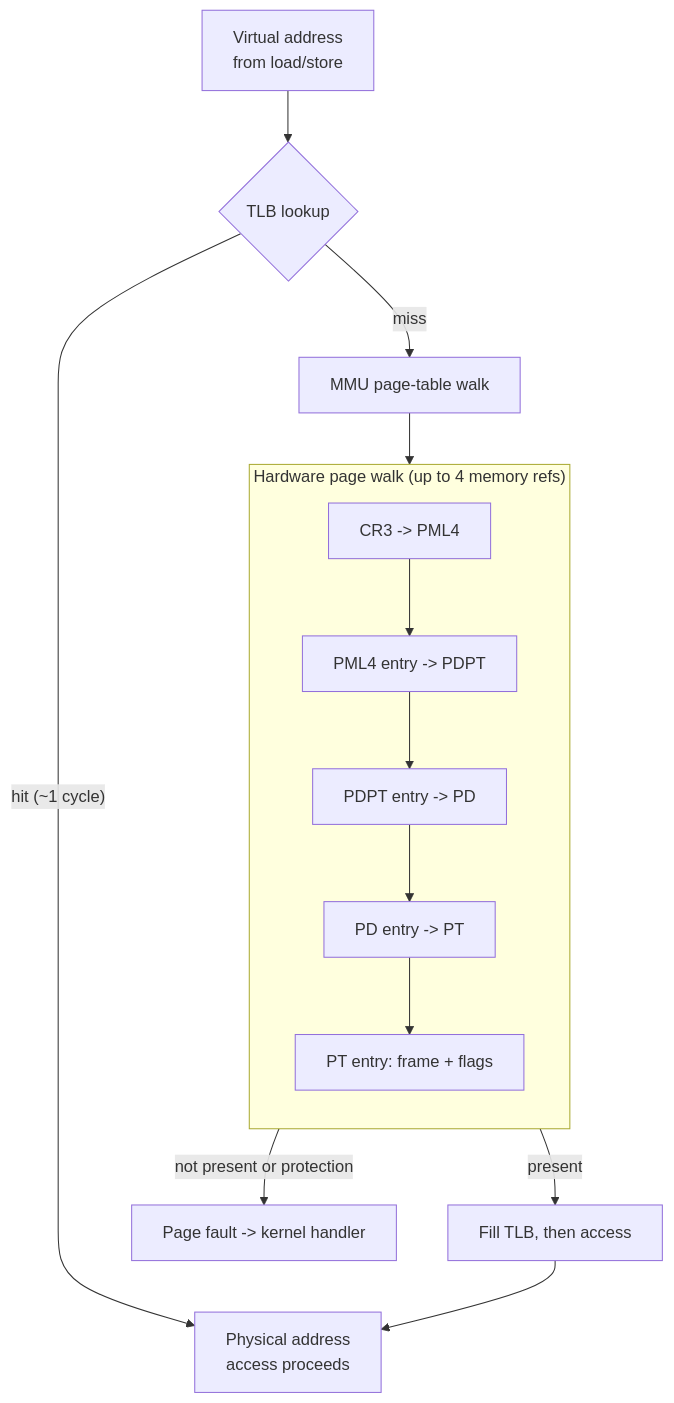
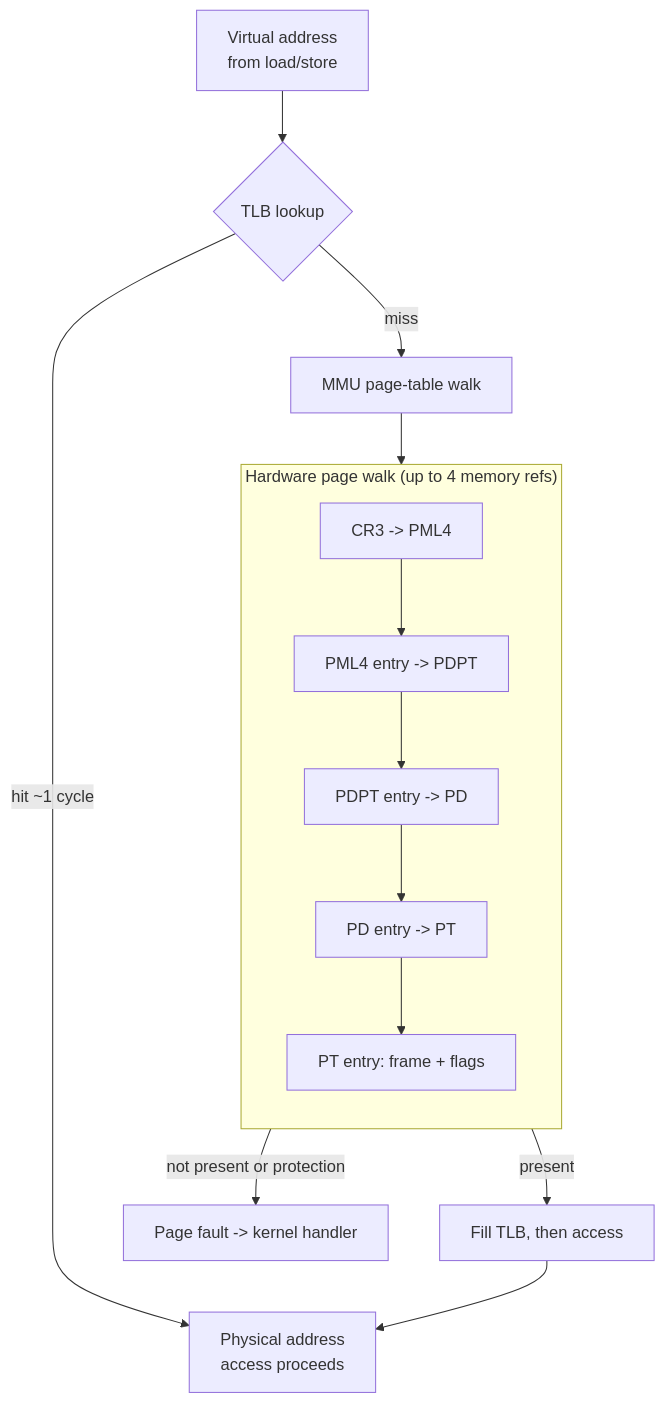
Before and after one commit to bumbsclaw/textbooks: the first of 7 diagrams in vol-02-operating-systems-linux/ch03-virtual-memory.md, drawn with Mermaid. The commit also changed other lines of this file and 173 other files, not shown here.

First line of the commit message:
fix(mermaid): close note brackets, semicolons in Notes, stateDiagram br -> dash, edge parens

````diff
--- a/vol-02-operating-systems-linux/ch03-virtual-memory.md
+++ b/vol-02-operating-systems-linux/ch03-virtual-memory.md
@@ -154,17 +154,17 @@
 ```mermaid
 flowchart TB
   V["Virtual address<br/>from load/store"] --> TLB{"TLB lookup"}
-  TLB -->|"hit (~1 cycle)"| PA["Physical address<br/>access proceeds"]
+  TLB -->|"hit ~1 cycle "| PA["Physical address<br/>access proceeds"]
   TLB -->|"miss"| W["MMU page-table walk"]
   subgraph WALK["Hardware page walk (up to 4 memory refs)"]
     direction TB
     CR3["CR3 -> PML4"] --> L2["PML4 entry -> PDPT"]
     L2 --> L3["PDPT entry -> PD"]
     L3 --> L4["PD entry -> PT"]
     L4 --> PTE["PT entry: frame + flags"]
   end
   W --> WALK
   PTE -->|"present"| FILL["Fill TLB, then access"]
   PTE -->|"not present or protection"| FAULT["Page fault -> kernel handler"]
   FILL --> PA
 ```
````
